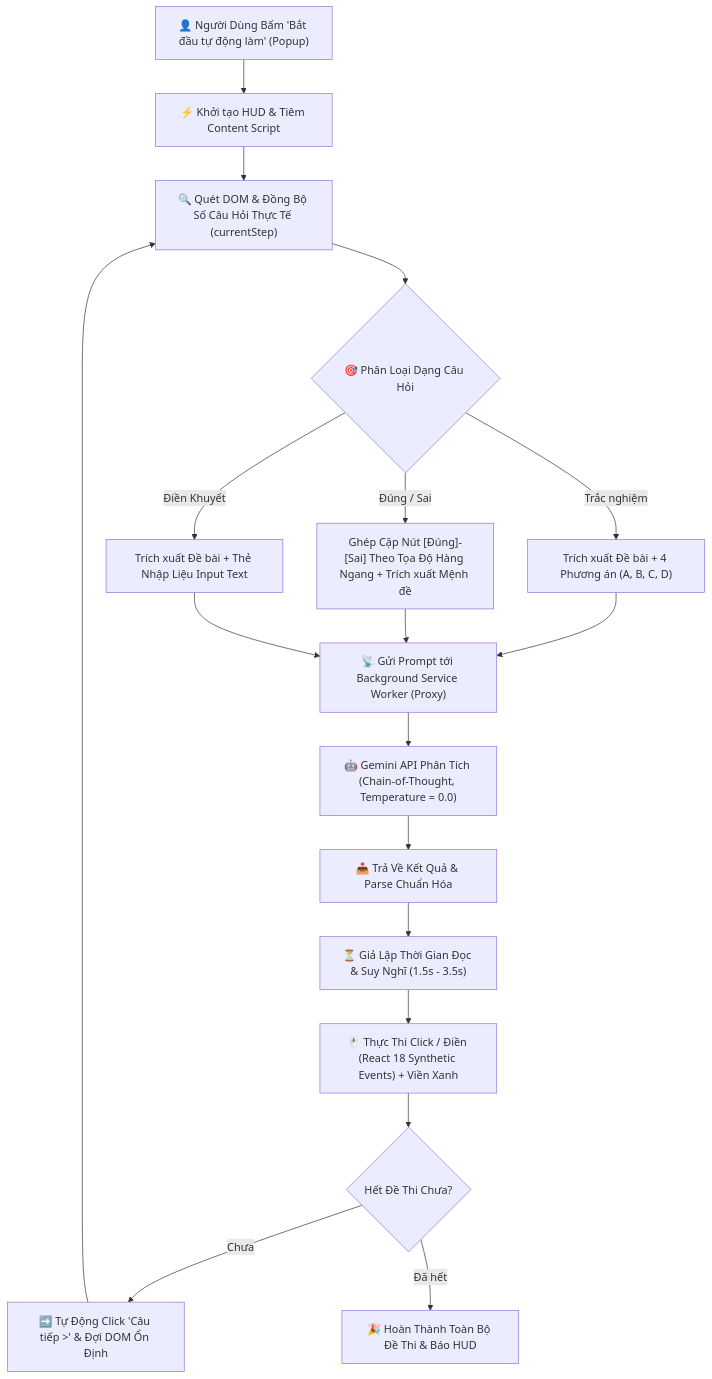
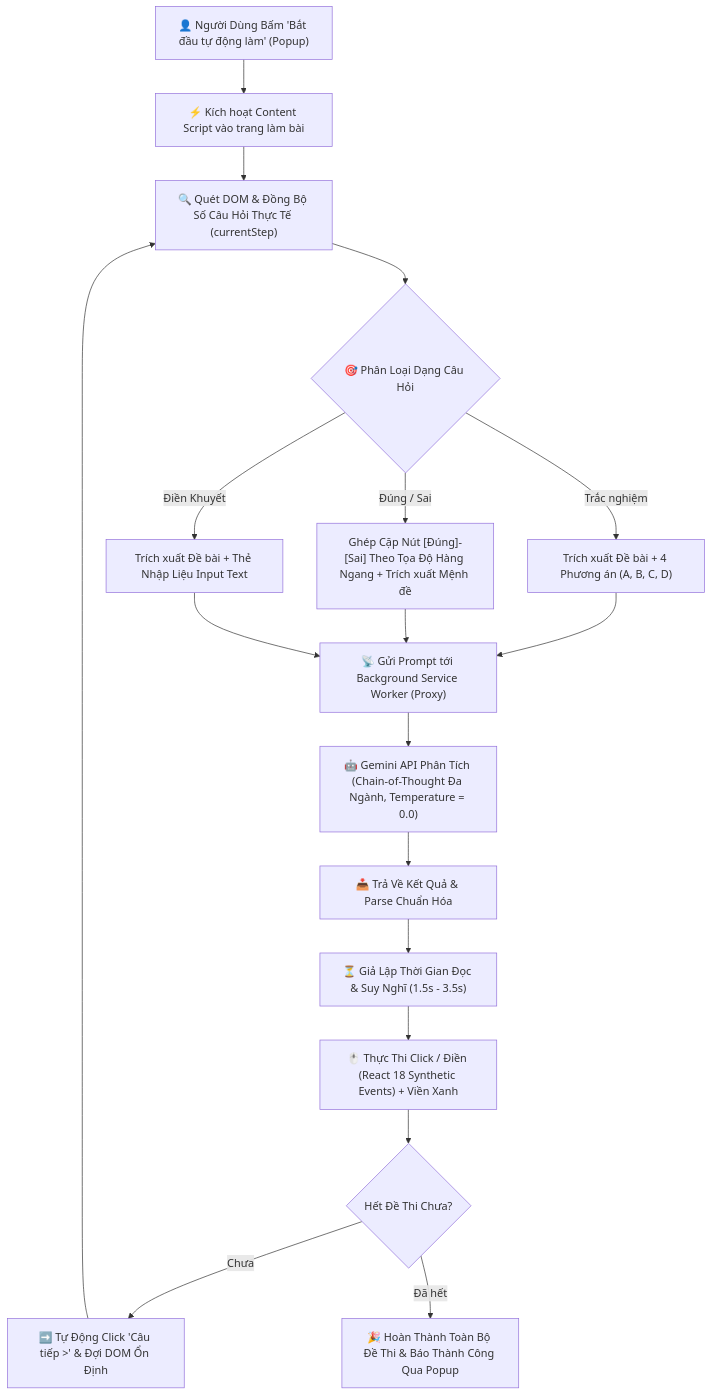
Before and after one commit to lucasdeptraivodich/AI-Edux-homework-solving-tool: the diagram in README.md, drawn with Mermaid. The commit also changed other lines of this file and 2 other files, not shown here.

Commit message:
feat: enhance MCQ accuracy for Business/Accounting/Economics + remove floating HUD banner

````diff
--- a/README.md
+++ b/README.md
@@ -23,25 +23,25 @@
 ```mermaid
 flowchart TD
-    A["👤 Người Dùng Bấm 'Bắt đầu tự động làm' (Popup)"] --> B["⚡ Khởi tạo HUD & Tiêm Content Script"]
+    A["👤 Người Dùng Bấm 'Bắt đầu tự động làm' (Popup)"] --> B["⚡ Kích hoạt Content Script vào trang làm bài"]
     B --> C["🔍 Quét DOM & Đồng Bộ Số Câu Hỏi Thực Tế (currentStep)"]
     C --> D{"🎯 Phân Loại Dạng Câu Hỏi"}
 
     D -->|"Trắc nghiệm"| E1["Trích xuất Đề bài + 4 Phương án (A, B, C, D)"]
     D -->|"Đúng / Sai"| E2["Ghép Cặp Nút [Đúng]-[Sai] Theo Tọa Độ Hàng Ngang + Trích xuất Mệnh đề"]
     D -->|"Điền Khuyết"| E3["Trích xuất Đề bài + Thẻ Nhập Liệu Input Text"]
 
     E1 --> F["📡 Gửi Prompt tới Background Service Worker (Proxy)"]
     E2 --> F
     E3 --> F
 
-    F --> G["🤖 Gemini API Phân Tích (Chain-of-Thought, Temperature = 0.0)"]
+    F --> G["🤖 Gemini API Phân Tích (Chain-of-Thought Đa Ngành, Temperature = 0.0)"]
     G --> H["📥 Trả Về Kết Quả & Parse Chuẩn Hóa"]
 
     H --> I["⏳ Giả Lập Thời Gian Đọc & Suy Nghĩ (1.5s - 3.5s)"]
     I --> J["🖱️ Thực Thi Click / Điền (React 18 Synthetic Events) + Viền Xanh"]
 
     J --> K{"Hết Đề Thi Chưa?"}
     K -->|"Chưa"| L["➡️ Tự Động Click 'Câu tiếp >' & Đợi DOM Ổn Định"]
     L --> C
-    K -->|"Đã hết"| M["🎉 Hoàn Thành Toàn Bộ Đề Thi & Báo HUD"]
+    K -->|"Đã hết"| M["🎉 Hoàn Thành Toàn Bộ Đề Thi & Báo Thành Công Qua Popup"]
 ```
````
